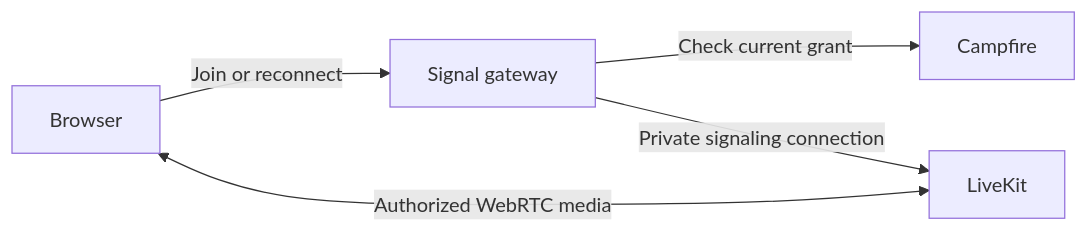
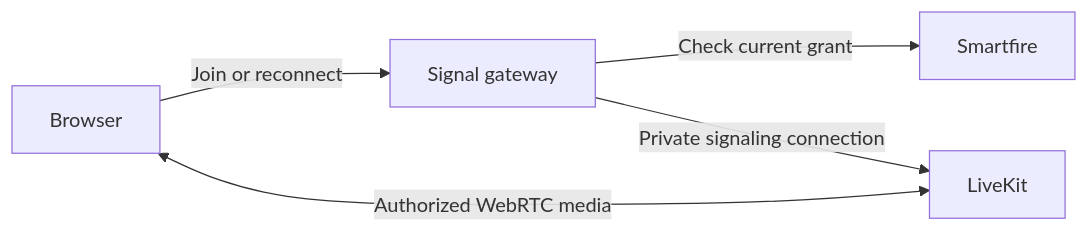
The diagram in docs/huddle-enforcement.md (Smart-Data-Ohio/once-campfire), drawn with Mermaid before and after one commit. The commit also changed other lines of this file and 9 other files, not shown here.

First line of the commit message:
Rename product to Smartfire in roadmap and docs

````diff
--- a/docs/huddle-enforcement.md
+++ b/docs/huddle-enforcement.md
@@ -7,7 +7,7 @@
 ```mermaid
 flowchart LR
   Browser -->|Join or reconnect|Gateway[Signal gateway]
-  Gateway -->|Check current grant|Campfire
+  Gateway -->|Check current grant|Smartfire
   Gateway -->|Private signaling connection|LiveKit
   Browser <-->|Authorized WebRTC media|LiveKit
 ```
````
